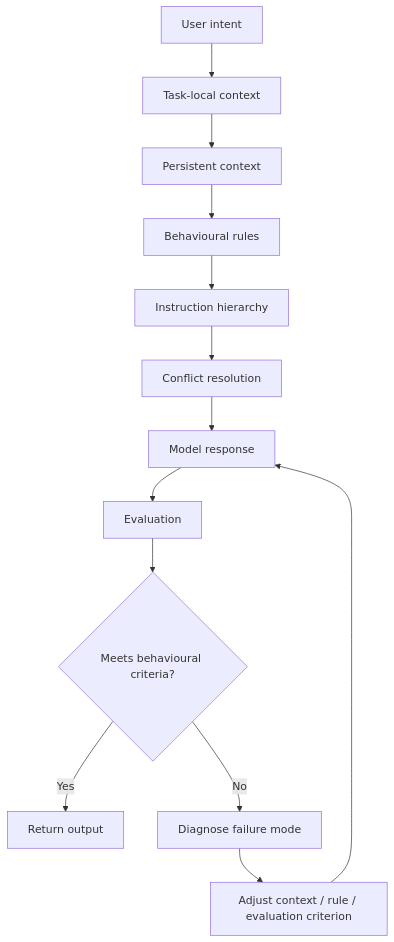
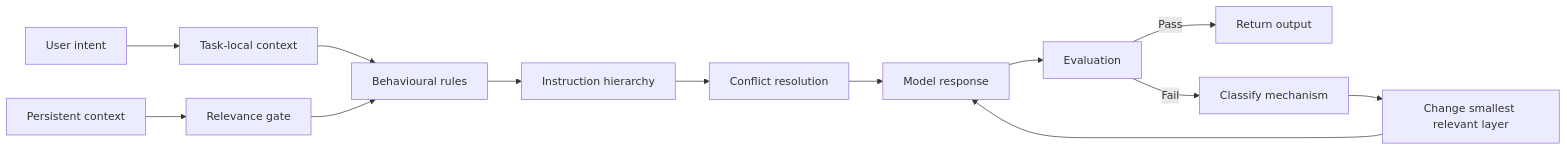
Before and after one commit to OegyeinEcho/llm-behaviour-architecture: the diagram in README.md, drawn with Mermaid. The commit also changed other lines of this file, not shown here.

Commit message:
Polish portfolio README and add visual architecture overview

````diff
--- a/README.md
+++ b/README.md
@@ -39,15 +51,15 @@
 ```mermaid
-flowchart TD
+flowchart LR
     A[User intent] --> B[Task-local context]
-    B --> C[Persistent context]
-    C --> D[Behavioural rules]
-    D --> E[Instruction hierarchy]
-    E --> F[Conflict resolution]
-    F --> G[Model response]
-    G --> H[Evaluation]
-    H --> I{Meets behavioural criteria?}
-    I -- Yes --> J[Return output]
-    I -- No --> K[Diagnose failure mode]
-    K --> L[Adjust context / rule / evaluation criterion]
-    L --> G
+    C[Persistent context] --> D[Relevance gate]
+    B --> E[Behavioural rules]
+    D --> E
+    E --> F[Instruction hierarchy]
+    F --> G[Conflict resolution]
+    G --> H[Model response]
+    H --> I[Evaluation]
+    I -->|Pass| J[Return output]
+    I -->|Fail| K[Classify mechanism]
+    K --> L[Change smallest relevant layer]
+    L --> H
 ```
````
